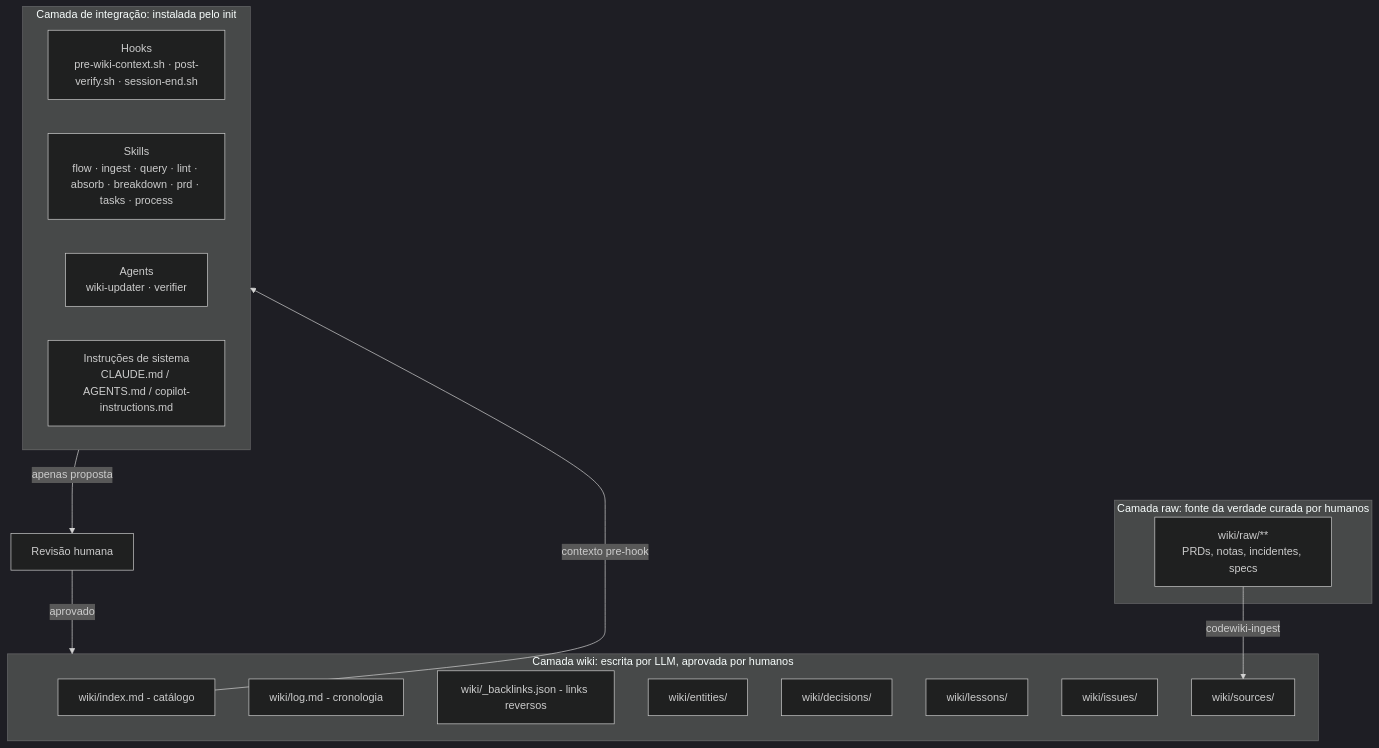
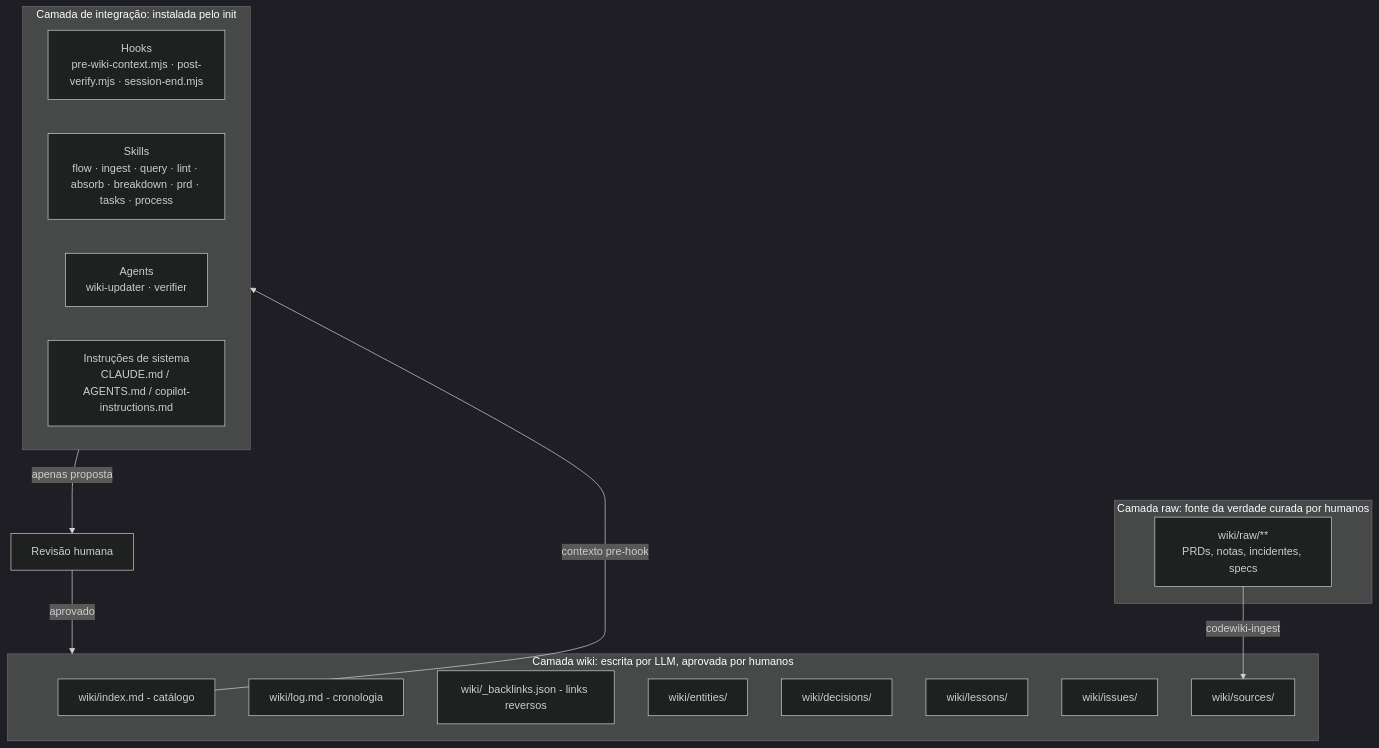
The second of 2 diagrams in README.pt-BR.md (giuice/CodeWiki), drawn with Mermaid (dark theme) before and after one commit. The commit also changed other lines of this file and 35 other files, not shown here.

First line of the commit message:
feat: add new hooks and update template files for CodeWiki integration

````diff
--- a/README.pt-BR.md
+++ b/README.pt-BR.md
@@ -110,29 +110,29 @@
 ```mermaid
 flowchart TB
   subgraph Raw[Camada raw: fonte da verdade curada por humanos]
     R1[wiki/raw/**<br/>PRDs, notas, incidentes, specs]
   end
 
   subgraph Wiki[Camada wiki: escrita por LLM, aprovada por humanos]
     W1[wiki/index.md - catálogo]
     W2[wiki/log.md - cronologia]
     W8[wiki/_backlinks.json - links reversos]
     W3[wiki/entities/]
     W4[wiki/decisions/]
     W5[wiki/lessons/]
     W6[wiki/issues/]
     W7[wiki/sources/]
   end
 
   subgraph ToolIntegration[Camada de integração: instalada pelo init]
-    H1[Hooks<br/>pre-wiki-context.sh · post-verify.sh · session-end.sh]
+    H1[Hooks<br/>pre-wiki-context.mjs · post-verify.mjs · session-end.mjs]
     SK[Skills<br/>flow · ingest · query · lint · absorb · breakdown · prd · tasks · process]
     AG[Agents<br/>wiki-updater · verifier]
     SI[Instruções de sistema<br/>CLAUDE.md / AGENTS.md / copilot-instructions.md]
   end
 
   R1 -->|codewiki-ingest| W7
   W1 -->|contexto pre-hook| ToolIntegration
   ToolIntegration -->|apenas proposta| Review[Revisão humana]
   Review -->|aprovado| Wiki
 ```
````
